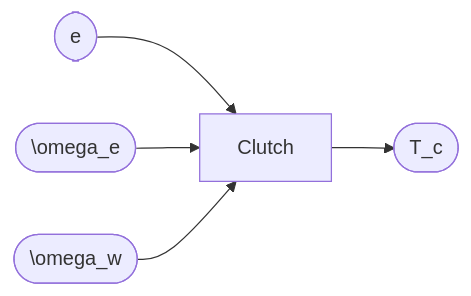
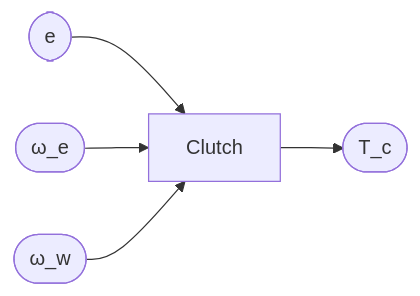
One commit to MelkorBalrog/VDSS---Vehicle-Dynamics-Safety-Simulator changed the fourth of 19 diagrams in README.md. Above: the diagram before and after it, drawn with Mermaid. The commit also changed other lines of this file, not shown here.

````diff
--- a/README.md
+++ b/README.md
@@ -192,10 +176,10 @@
 ```mermaid
 flowchart LR
   engage(["e"])
-  omega_e(["\omega_e"])
-  omega_w(["\omega_w"])
+  omega_e(["ω_e"])
+  omega_w(["ω_w"])
   engage --> Clutch
   omega_e --> Clutch
   omega_w --> Clutch
   Clutch --> T_c(["T_c"])
 ```
````
